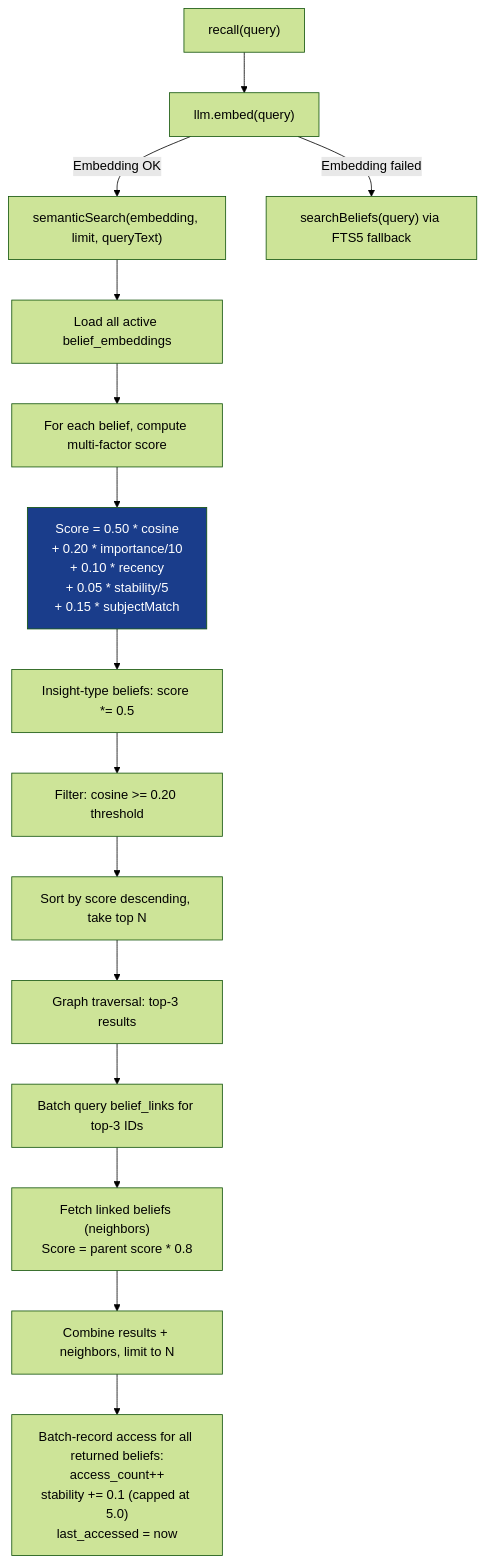
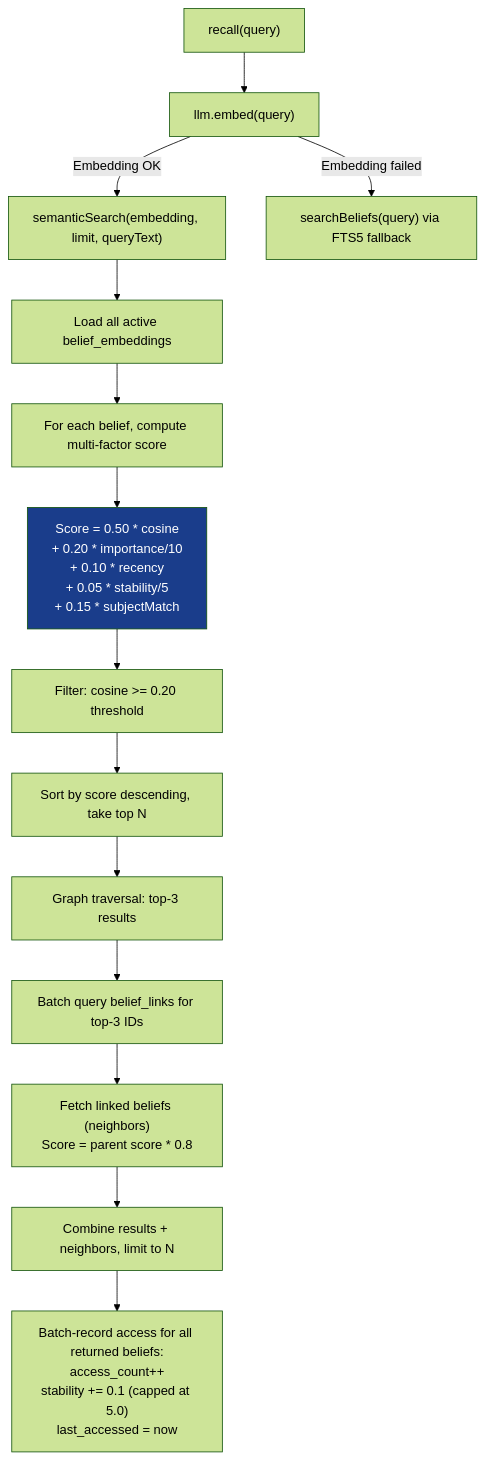
The third of 5 diagrams in docs/MEMORY-LIFECYCLE.md (devjarus/pai), drawn with Mermaid (forest theme) before and after one commit. The commit also changed other lines of this file and 80 other files, not shown here.

````diff
--- a/docs/MEMORY-LIFECYCLE.md
+++ b/docs/MEMORY-LIFECYCLE.md
@@ -81,24 +87,23 @@
 ```mermaid
 flowchart TD
     A["recall(query)"] --> B["llm.embed(query)"]
     B -->|Embedding OK| C["semanticSearch(embedding, limit, queryText)"]
     B -->|Embedding failed| D["searchBeliefs(query) via FTS5 fallback"]
 
     C --> E["Load all active belief_embeddings"]
     E --> F["For each belief, compute multi-factor score"]
 
     F --> G["Score = 0.50 * cosine\n      + 0.20 * importance/10\n      + 0.10 * recency\n      + 0.05 * stability/5\n      + 0.15 * subjectMatch"]
 
-    G --> H["Insight-type beliefs: score *= 0.5"]
-    H --> I["Filter: cosine >= 0.20 threshold"]
+    G --> I["Filter: cosine >= 0.20 threshold"]
     I --> J["Sort by score descending, take top N"]
 
     J --> K["Graph traversal: top-3 results"]
     K --> L["Batch query belief_links for top-3 IDs"]
     L --> M["Fetch linked beliefs (neighbors)\nScore = parent score * 0.8"]
     M --> N["Combine results + neighbors, limit to N"]
 
     N --> O["Batch-record access for all returned beliefs:\naccess_count++\nstability += 0.1 (capped at 5.0)\nlast_accessed = now"]
 
     style G fill:#1a3d8b,color:#fff
 ```
````
